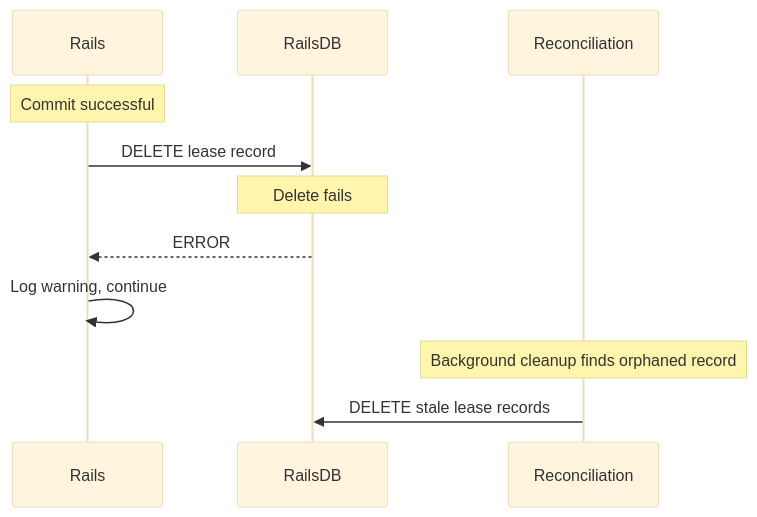
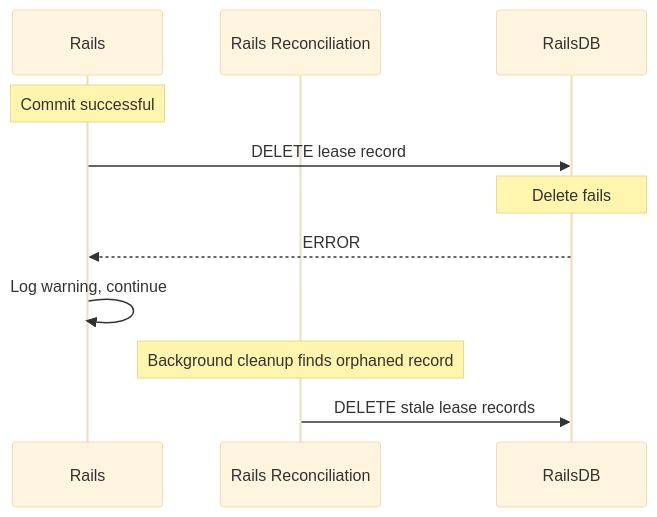
One commit to zalyoung/gitlab-handbook changed the tenth of 10 diagrams in content/handbook/engineering/architecture/design-documents/cells/topology_service_transactional_behavior.md. Above: the diagram before and after it, drawn with Mermaid (base theme). The commit also changed other lines of this file, not shown here.

````diff
--- a/content/handbook/engineering/architecture/design-documents/cells/topology_service_transactional_behavior.md
+++ b/content/handbook/engineering/architecture/design-documents/cells/topology_service_transactional_behavior.md
@@ -1046,15 +1022,15 @@
 ```mermaid
 sequenceDiagram
     participant Rails
+    participant Reconciliation as Rails Reconciliation
     participant RailsDB
-    participant Reconciliation
     
     Note over Rails: Commit successful
     Rails->>RailsDB: DELETE lease record
     Note over RailsDB: Delete fails
     RailsDB-->>Rails: ERROR
     Rails->>Rails: Log warning, continue
     
     Note over Reconciliation: Background cleanup finds orphaned record
     Reconciliation->>RailsDB: DELETE stale lease records
 ```
````
